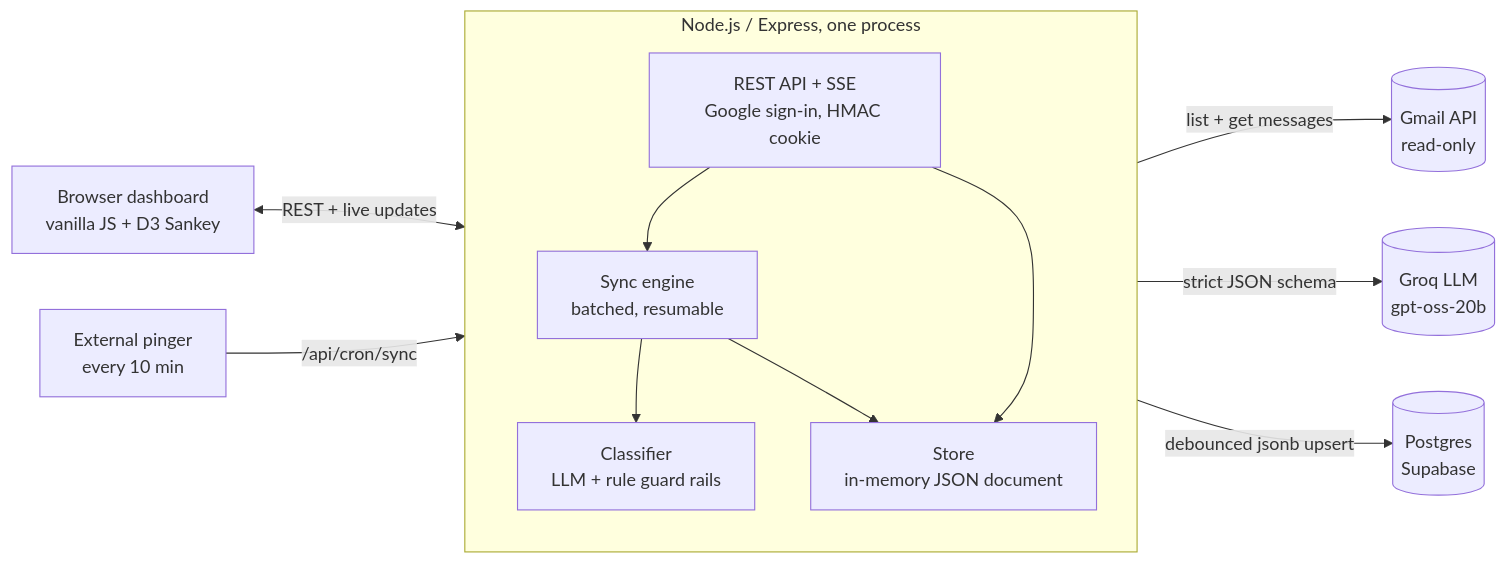
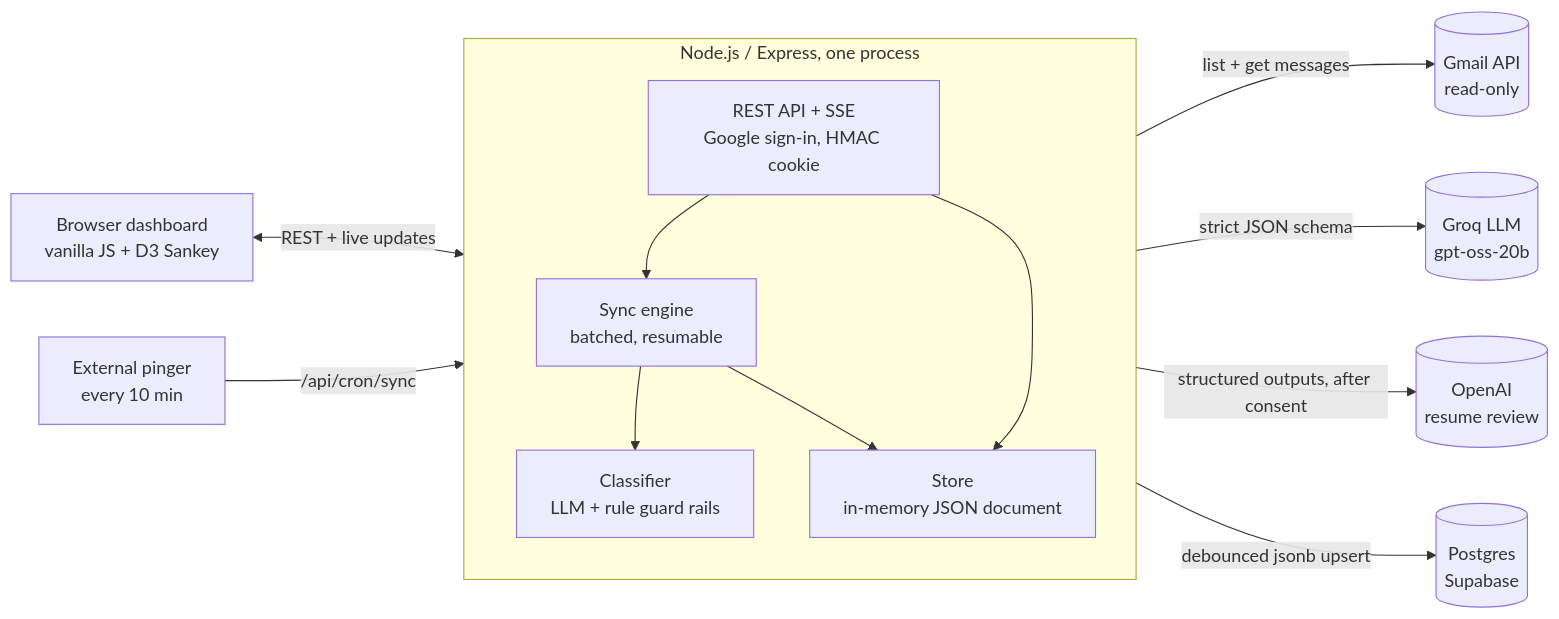
Before and after one commit to krishjayanth/job-tracker: the diagram in README.md, drawn with Mermaid. The commit also changed other lines of this file, not shown here.

First line of the commit message:
Describe Resume insights, the PDF editing and the newer modules in the README

````diff
--- a/README.md
+++ b/README.md
@@ -60,25 +72,27 @@
 ```mermaid
 flowchart LR
     UI["Browser dashboard<br/>vanilla JS + D3 Sankey"]
     Cron["External pinger<br/>every 10 min"]
     subgraph Server["Node.js / Express, one process"]
         direction TB
         API["REST API + SSE<br/>Google sign-in, HMAC cookie"]
         Sync["Sync engine<br/>batched, resumable"]
         Cls["Classifier<br/>LLM + rule guard rails"]
         Store["Store<br/>in-memory JSON document"]
         API --> Sync
         Sync --> Cls
         Sync --> Store
         API --> Store
     end
     Gmail[("Gmail API<br/>read-only")]
     Groq[("Groq LLM<br/>gpt-oss-20b")]
+    OpenAI[("OpenAI<br/>resume review")]
     PG[("Postgres<br/>Supabase")]
 
     UI <-- "REST + live updates" --> API
     Cron -- "/api/cron/sync" --> API
     Sync -- "list + get messages" --> Gmail
     Cls -- "strict JSON schema" --> Groq
+    API -- "structured outputs, after consent" --> OpenAI
     Store -- "debounced jsonb upsert" --> PG
 ```
````
